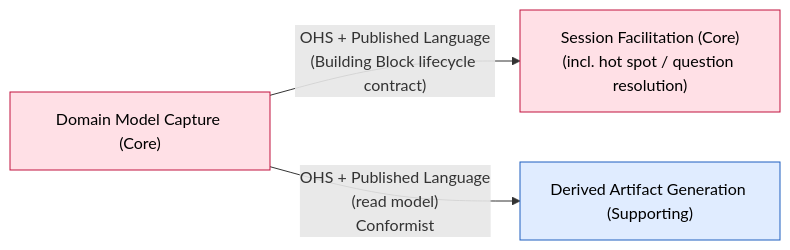
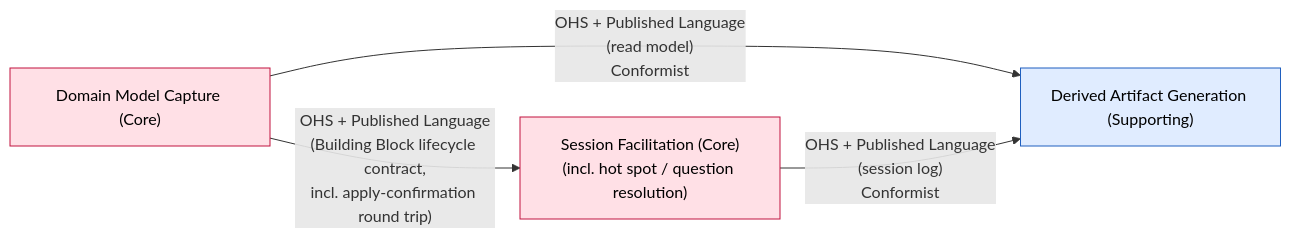
One commit to vinialbano/eventstormer changed the diagram in docs/domain/context-map.md. Above: the diagram before and after it, drawn with Mermaid. The commit also changed other lines of this file and 10 other files, not shown here.

````diff
--- a/docs/domain/context-map.md
+++ b/docs/domain/context-map.md
@@ -41,15 +41,16 @@
 ```mermaid
 flowchart LR
   Capture["Domain Model Capture (Core)"]
   Facil["Session Facilitation (Core)\n(incl. hot spot / question resolution)"]
   Artifact["Derived Artifact Generation (Supporting)"]
 
-  Capture -->|"OHS + Published Language\n(Building Block lifecycle contract)"| Facil
+  Capture -->|"OHS + Published Language\n(Building Block lifecycle contract,\nincl. apply-confirmation round trip)"| Facil
   Capture -->|"OHS + Published Language\n(read model)\nConformist"| Artifact
+  Facil -->|"OHS + Published Language\n(session log)\nConformist"| Artifact
 
   classDef core fill:#ffe0e6,stroke:#c1123e,color:#000
   classDef sup fill:#e0ecff,stroke:#1f5fbf,color:#000
   class Capture core
   class Facil core
   class Artifact sup
 ```
````
